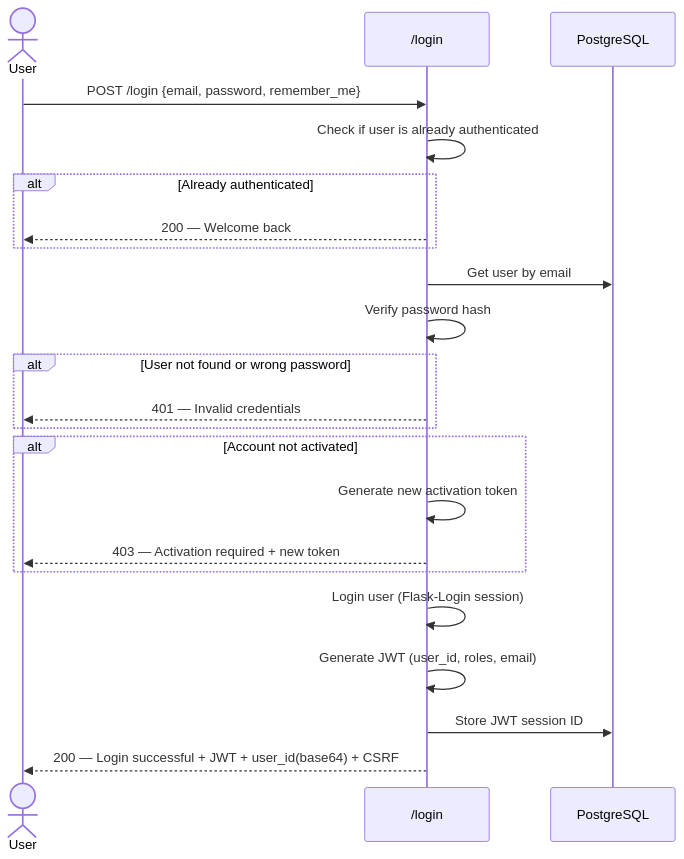
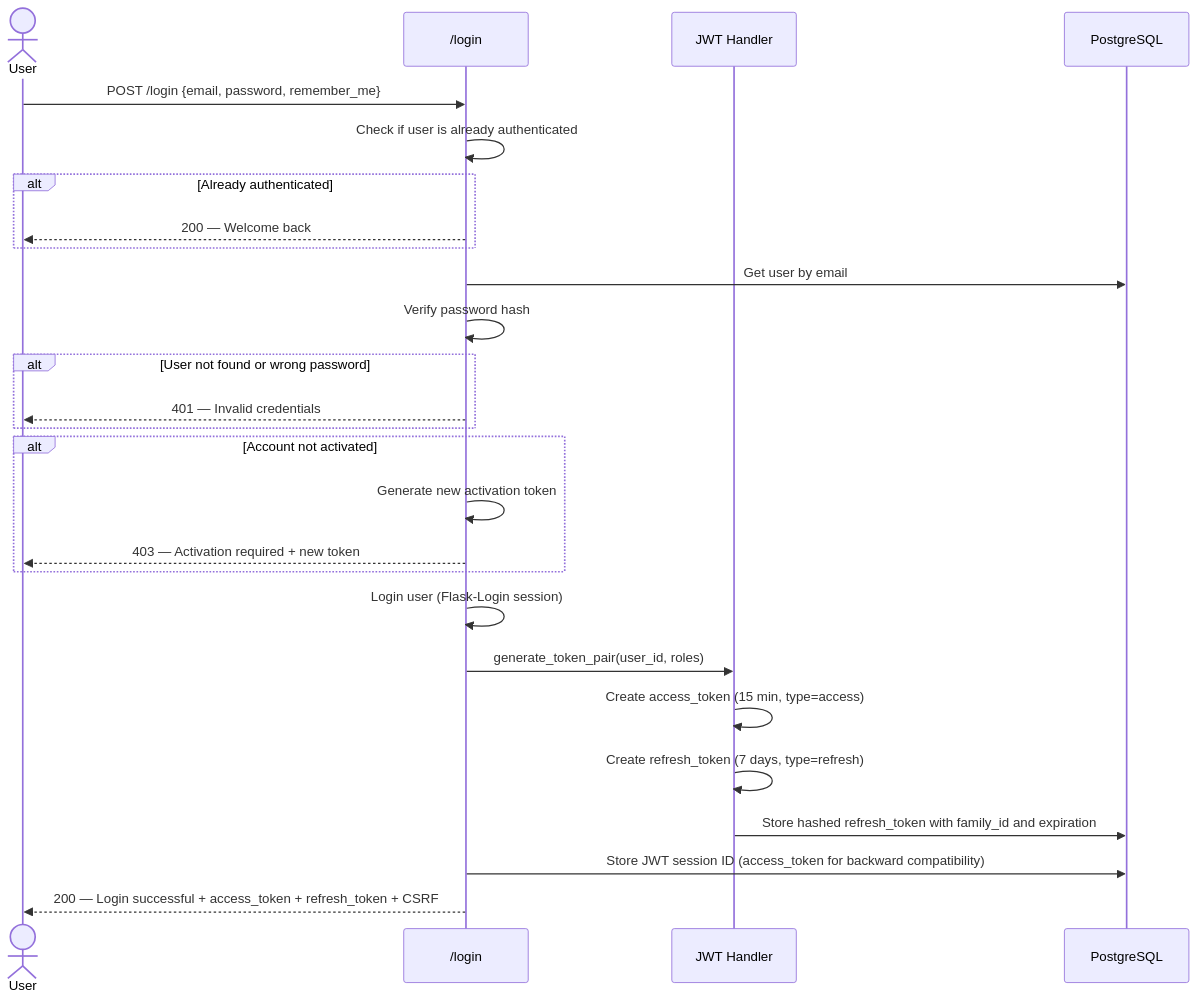
The sixth of 17 diagrams in DOCUMENTATION/PROJECT.md (mentally-gamez-soft/IAM-gateway), drawn with Mermaid before and after one commit. The commit also changed other lines of this file and 1 other file, not shown here.

First line of the commit message:
docs: Update PROJECT.md and README.md for US-003 JWT refresh token

````diff
--- a/DOCUMENTATION/PROJECT.md
+++ b/DOCUMENTATION/PROJECT.md
@@ -284,30 +284,34 @@
 ```mermaid
 sequenceDiagram
     actor User
     participant API as /login
+    participant JWT as JWT Handler
     participant DB as PostgreSQL
 
     User->>API: POST /login {email, password, remember_me}
     API->>API: Check if user is already authenticated
 
     alt Already authenticated
         API-->>User: 200 — Welcome back
     end
 
     API->>DB: Get user by email
     API->>API: Verify password hash
 
     alt User not found or wrong password
         API-->>User: 401 — Invalid credentials
     end
 
     alt Account not activated
         API->>API: Generate new activation token
         API-->>User: 403 — Activation required + new token
     end
 
     API->>API: Login user (Flask-Login session)
-    API->>API: Generate JWT (user_id, roles, email)
-    API->>DB: Store JWT session ID
-    API-->>User: 200 — Login successful + JWT + user_id(base64) + CSRF
+    API->>JWT: generate_token_pair(user_id, roles)
+    JWT->>JWT: Create access_token (15 min, type=access)
+    JWT->>JWT: Create refresh_token (7 days, type=refresh)
+    JWT->>DB: Store hashed refresh_token with family_id and expiration
+    API->>DB: Store JWT session ID (access_token for backward compatibility)
+    API-->>User: 200 — Login successful + access_token + refresh_token + CSRF
 ```
````
